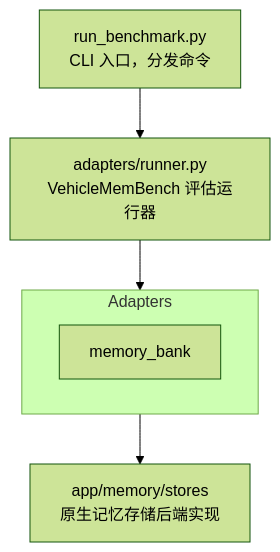
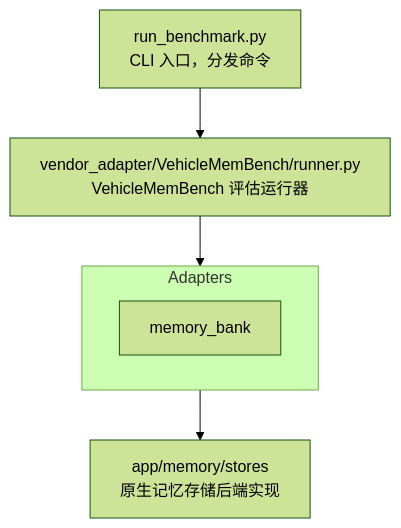
One commit to MiyakoMeow/DrivePal changed the diagram in EXPERIMENT.md. Above: the diagram before and after it, drawn with Mermaid (forest theme). The commit also changed other lines of this file and 2 other files, not shown here.

````diff
--- a/EXPERIMENT.md
+++ b/EXPERIMENT.md
@@ -7,15 +7,15 @@
 ```mermaid
 flowchart TD
     CLI[run_benchmark.py<br>CLI 入口，分发命令]
-    Runner[adapters/runner.py<br>VehicleMemBench 评估运行器]
-    Adapters[adapters/memory_adapters<br>记忆存储适配器]
+    Runner[vendor_adapter/VehicleMemBench/runner.py<br>VehicleMemBench 评估运行器]
+    Adapters[vendor_adapter/VehicleMemBench/memory_adapters<br>记忆存储适配器]
     Stores[app/memory/stores<br>原生记忆存储后端实现]
     
     CLI --> Runner
     Runner --> Adapters
     Adapters --> Stores
     
     subgraph Adapters
         M[memory_bank]
     end
 ```
````
